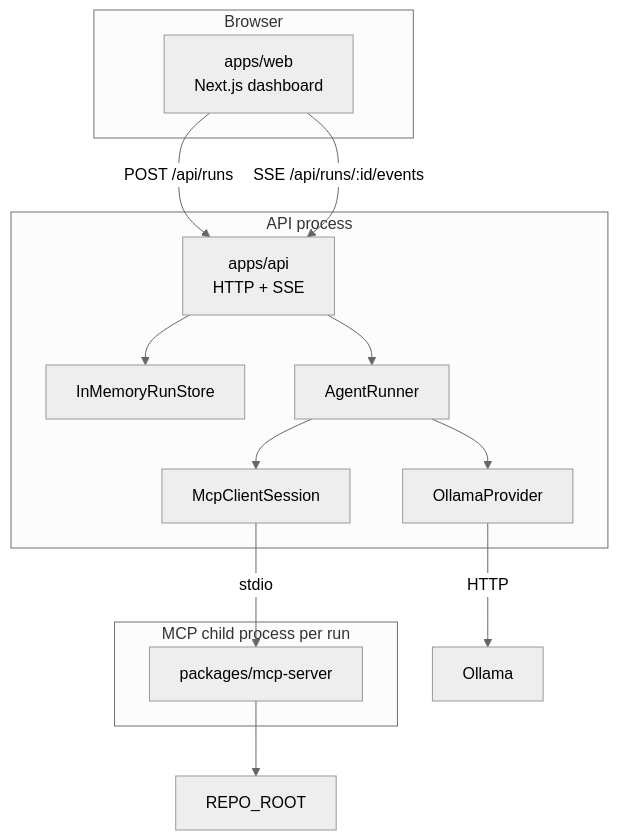
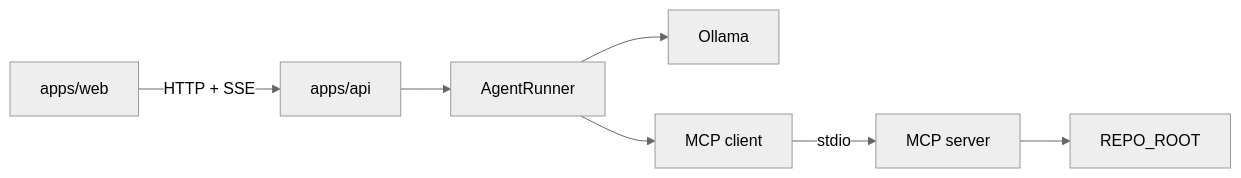
One commit to orpazavdaev/ai-agent-platform changed the diagram in README.md. Above: the diagram before and after it, drawn with Mermaid (neutral theme). The commit also changed other lines of this file, not shown here.

````diff
--- a/README.md
+++ b/README.md
@@ -57,31 +60,9 @@
 ```mermaid
-flowchart TB
-  subgraph browser ["Browser"]
-    web["apps/web<br/>Next.js dashboard"]
-  end
-
-  subgraph apiProcess ["API process"]
-    api["apps/api<br/>HTTP + SSE"]
-    store["InMemoryRunStore"]
-    runner["AgentRunner"]
-    llm["OllamaProvider"]
-    mcpClient["McpClientSession"]
-    api --> store
-    api --> runner
-    runner --> llm
-    runner --> mcpClient
-  end
-
-  subgraph mcpProcess ["MCP child process per run"]
-    mcpServer["packages/mcp-server"]
-  end
-
-  repo["REPO_ROOT"]
-  ollama["Ollama"]
-
-  web -->|"POST /api/runs"| api
-  web -->|"SSE /api/runs/:id/events"| api
-  mcpClient -->|stdio| mcpServer
-  mcpServer --> repo
-  llm -->|HTTP| ollama
+flowchart LR
+  UI["apps/web"] -->|HTTP + SSE| API["apps/api"]
+  API --> Runner["AgentRunner"]
+  Runner --> Ollama["Ollama"]
+  Runner --> Client["MCP client"]
+  Client -->|stdio| Server["MCP server"]
+  Server --> Repo["REPO_ROOT"]
 ```
````
